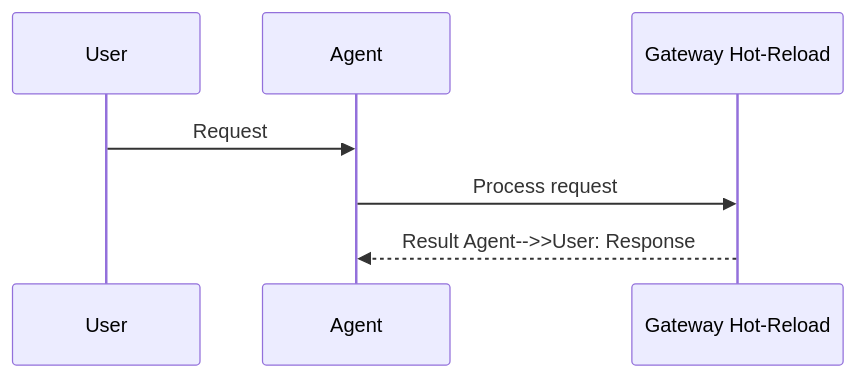
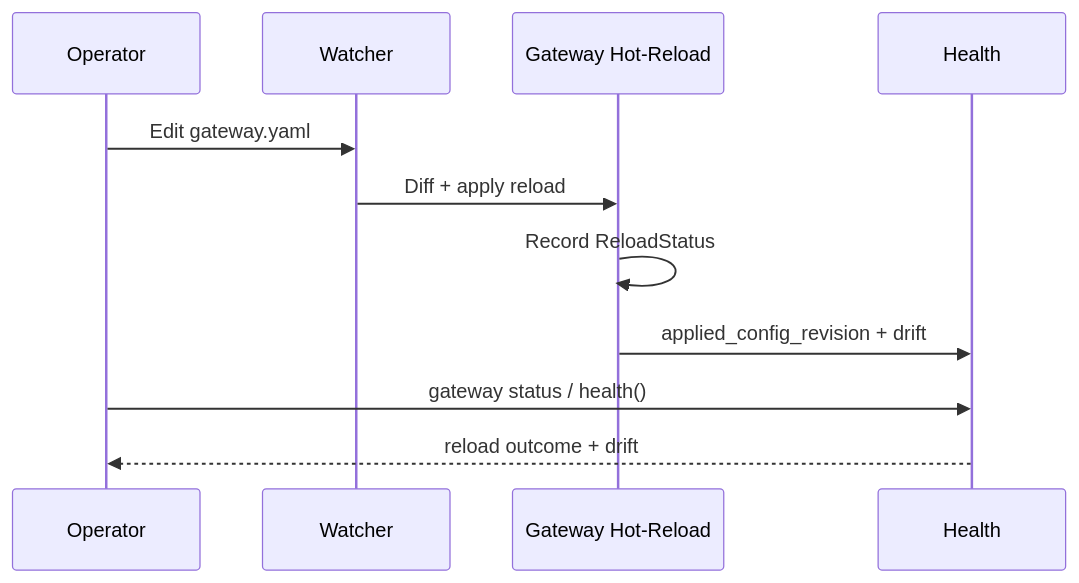
One commit to MervinPraison/PraisonAIDocs changed the second of 5 diagrams in docs/features/gateway-hot-reload.mdx. Above: the diagram before and after it, drawn with Mermaid. The commit also changed other lines of this file and 2 other files, not shown here.

First line of the commit message:
docs: surface gateway config-reload outcome + revision + drift (fixes #2040)

````diff
--- a/docs/features/gateway-hot-reload.mdx
+++ b/docs/features/gateway-hot-reload.mdx
@@ -62,10 +62,14 @@
 ```mermaid
 sequenceDiagram
-    participant User
-    participant Agent
-    participant Feature as Gateway Hot-Reload
+    participant Operator
+    participant Watcher
+    participant Gateway as Gateway Hot-Reload
+    participant Health
 
-    User->>Agent: Request
-    Agent->>Feature: Process request
-    Feature-->>Agent: Result    Agent-->>User: Response
+    Operator->>Watcher: Edit gateway.yaml
+    Watcher->>Gateway: Diff + apply reload
+    Gateway->>Gateway: Record ReloadStatus
+    Gateway->>Health: applied_config_revision + drift
+    Operator->>Health: gateway status / health()
+    Health-->>Operator: reload outcome + drift
 ```
````
